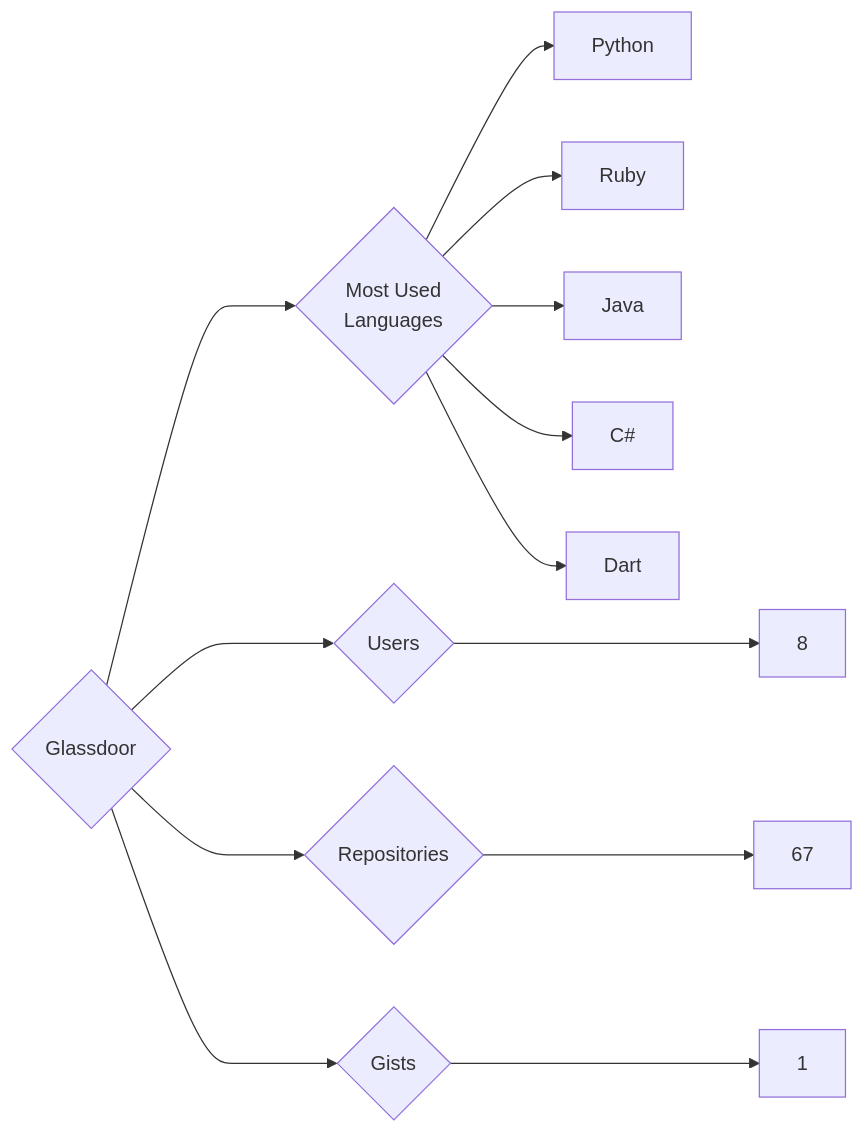
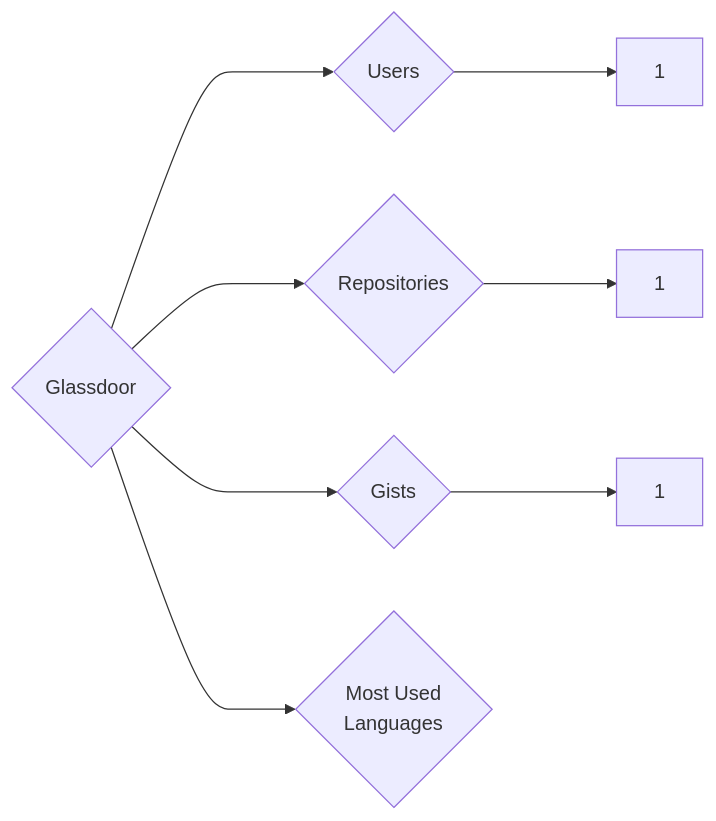
Before and after one commit to trickest/insiders: the diagram in targets/Glassdoor/README.md, drawn with Mermaid. The commit also changed 1120 other files, not shown here.

````diff
--- a/targets/Glassdoor/README.md
+++ b/targets/Glassdoor/README.md
@@ -3,13 +3,8 @@
 ```mermaid
 graph LR
 COMPANY_NAME{Glassdoor}
-COMPANY_NAME ---> U{Users} ---> UN[8]
-COMPANY_NAME ---> R{Repositories} ---> RN[67]
+COMPANY_NAME ---> U{Users} ---> UN[1]
+COMPANY_NAME ---> R{Repositories} ---> RN[1]
 COMPANY_NAME ---> G{Gists} ---> GN[1]
 COMPANY_NAME ---> ML{Most Used<br>Languages}
-ML --> Python[Python]
-ML --> Ruby[Ruby]
-ML --> Java[Java]
-ML --> C#[C#]
-ML --> Dart[Dart]
 ```
````
